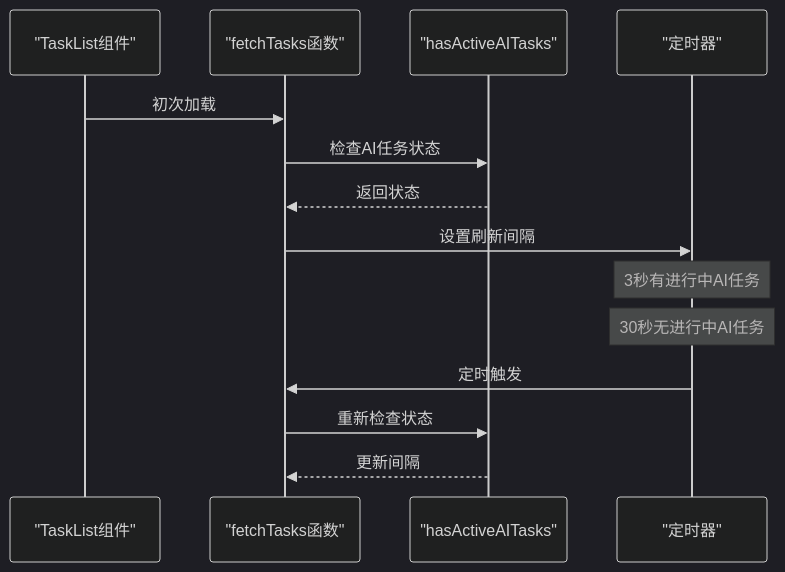
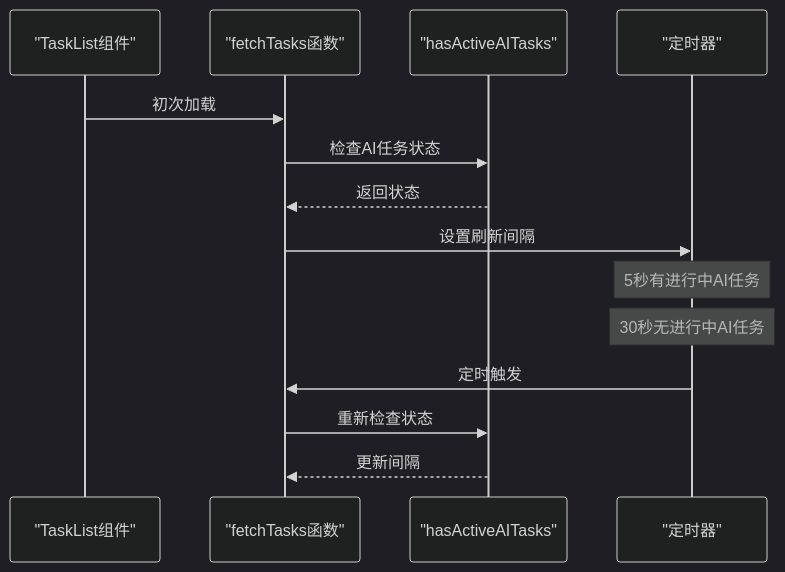
Before and after one commit to songdiyang/clawOperations: diagram 14 of 17 in .qoder/repowiki/zh/content/核心模块详解/Web界面系统/Web界面系统.md, drawn with Mermaid (dark theme). The commit also changed other lines of this file and 2 other files, not shown here.

````diff
--- a/.qoder/repowiki/zh/content/核心模块详解/Web界面系统/Web界面系统.md
+++ b/.qoder/repowiki/zh/content/核心模块详解/Web界面系统/Web界面系统.md
@@ -731,16 +732,16 @@
 ```mermaid
 sequenceDiagram
 participant TaskList as "TaskList组件"
 participant FetchTasks as "fetchTasks函数"
 participant HasActiveAITasks as "hasActiveAITasks"
 participant Interval as "定时器"
 TaskList->>FetchTasks : 初次加载
 FetchTasks->>HasActiveAITasks : 检查AI任务状态
 HasActiveAITasks-->>FetchTasks : 返回状态
 FetchTasks->>Interval : 设置刷新间隔
-Note over Interval : 3秒有进行中AI任务
+Note over Interval : 5秒有进行中AI任务
 Note over Interval : 30秒无进行中AI任务
 Interval->>FetchTasks : 定时触发
 FetchTasks->>HasActiveAITasks : 重新检查状态
 HasActiveAITasks-->>FetchTasks : 更新间隔
 ```
````
